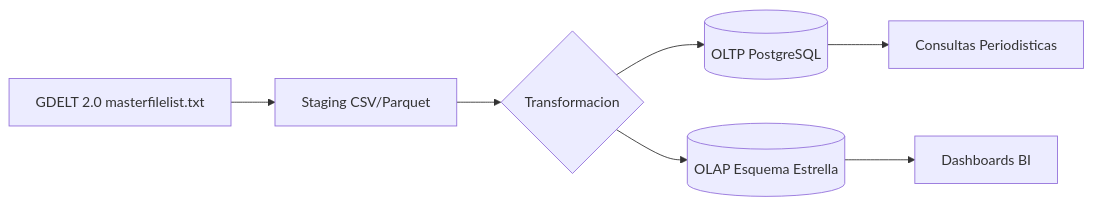
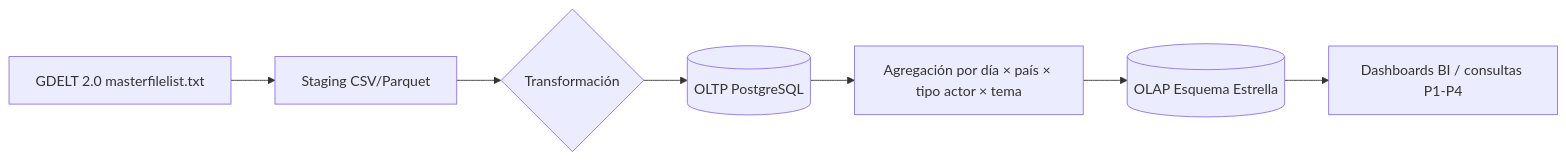
The third of 4 diagrams in TP2.md (marcoskantor/Curso_Introduccion_Ingenieria_Datos), drawn with Mermaid before and after one commit. The commit also changed other lines of this file and 1 other file, not shown here.

Commit message:
TP2: correcciones del docente (PK única, ubicaciones por rol, puentes con PK compuesta, fact con PK compuesta, métricas alineadas a preguntas)

````diff
--- a/TP2.md
+++ b/TP2.md
@@ -272,9 +269,9 @@
 ```mermaid
 flowchart LR
     A[GDELT 2.0 masterfilelist.txt] --> B[Staging CSV/Parquet]
-    B --> C{Transformacion}
+    B --> C{Transformación}
     C --> D[(OLTP PostgreSQL)]
-    C --> E[(OLAP Esquema Estrella)]
-    D --> F[Consultas Periodisticas]
-    E --> G[Dashboards BI]
+    D --> E[Agregación por día × país × tipo actor × tema]
+    E --> F[(OLAP Esquema Estrella)]
+    F --> G[Dashboards BI / consultas P1-P4]
 ```
````
